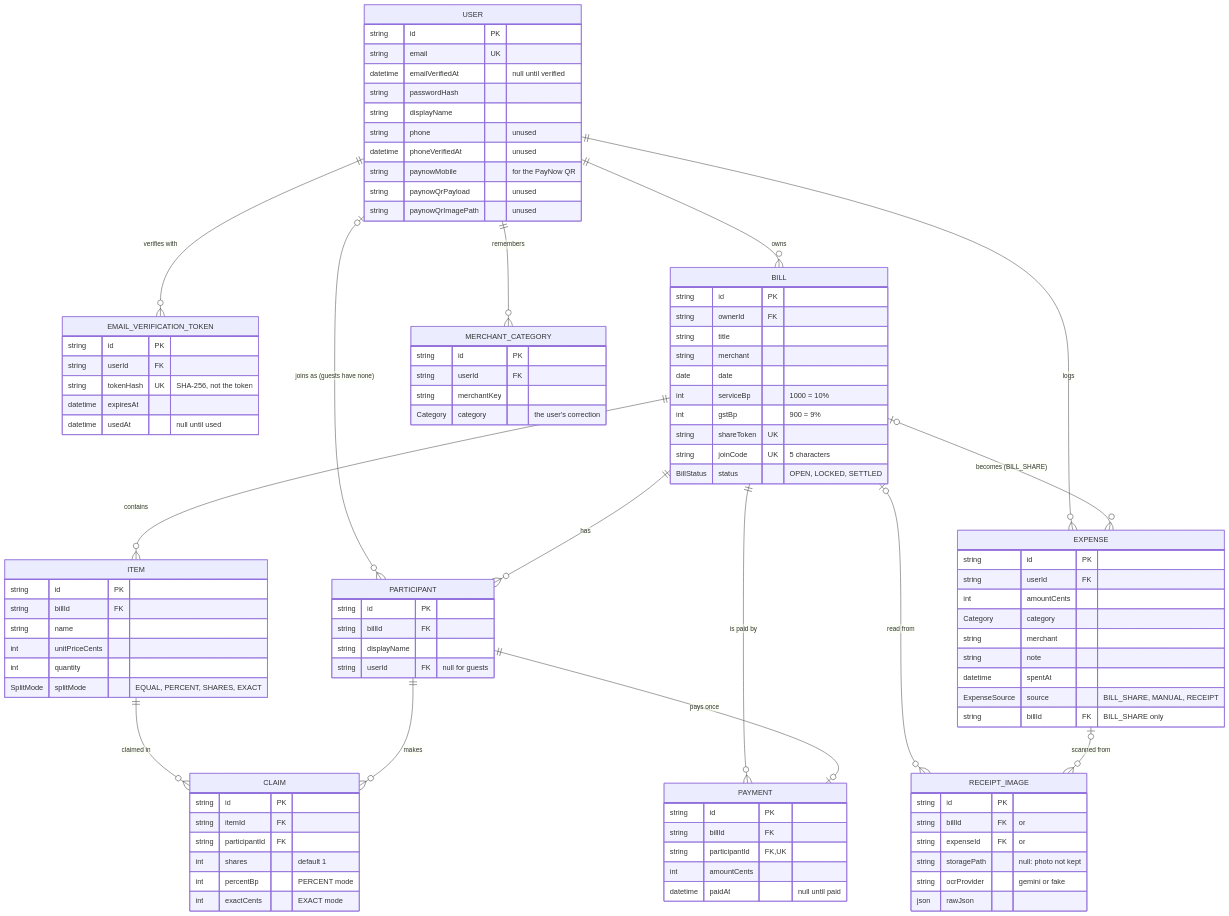
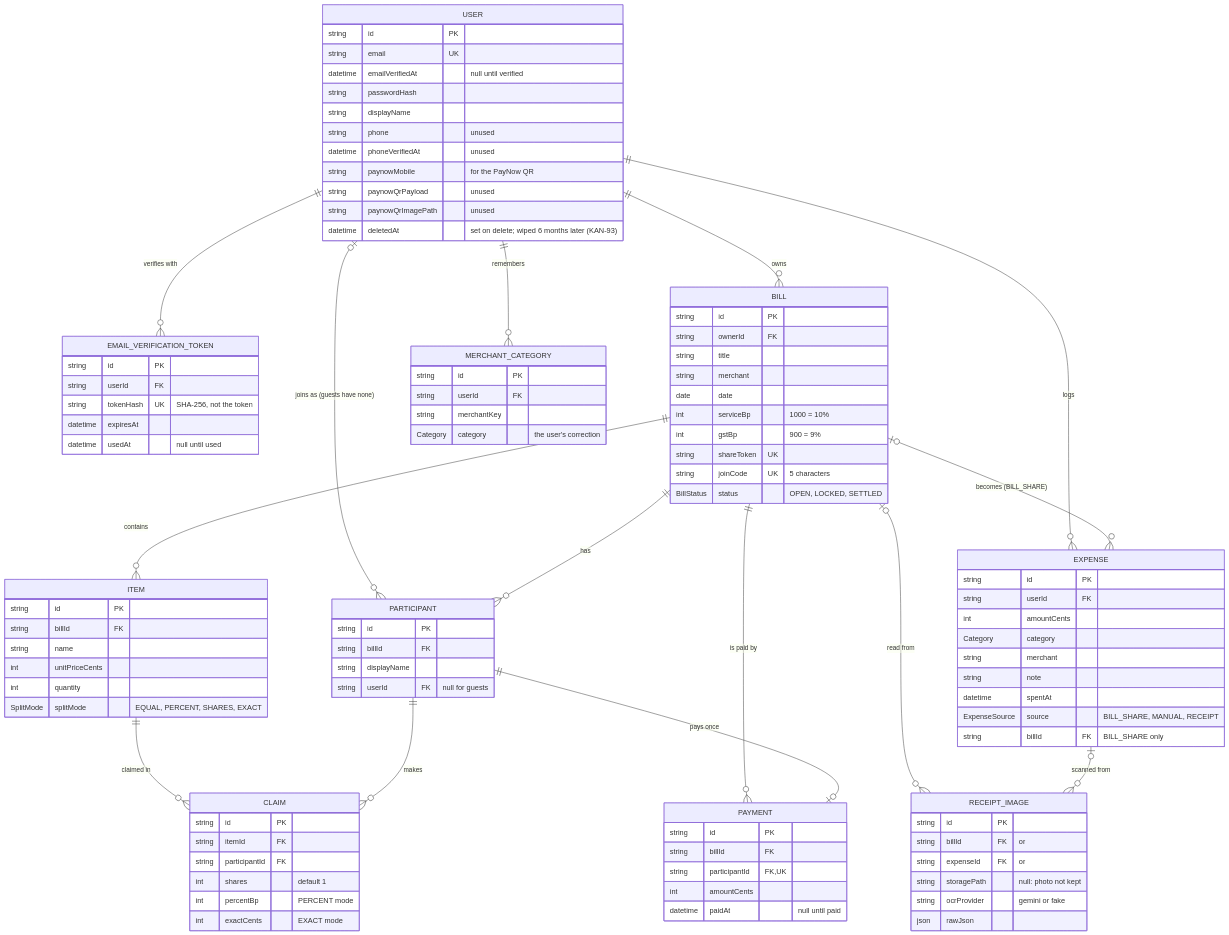
One commit to cheewei0123/ay2626s2-cicdp-ChongCheeWei changed the diagram in docs/data-model.md. Above: the diagram before and after it, drawn with Mermaid. The commit also changed 28 other files, not shown here.

First line of the commit message:
KAN-93 feat(account): delete your account; data kept 6 months, then wiped (#116)

```diff
--- a/docs/data-model.md
+++ b/docs/data-model.md
@@ -34,6 +34,7 @@
     string paynowMobile "for the PayNow QR"
     string paynowQrPayload "unused"
     string paynowQrImagePath "unused"
+    datetime deletedAt "set on delete; wiped 6 months later (KAN-93)"
   }
   EMAIL_VERIFICATION_TOKEN {
     string id PK
```
